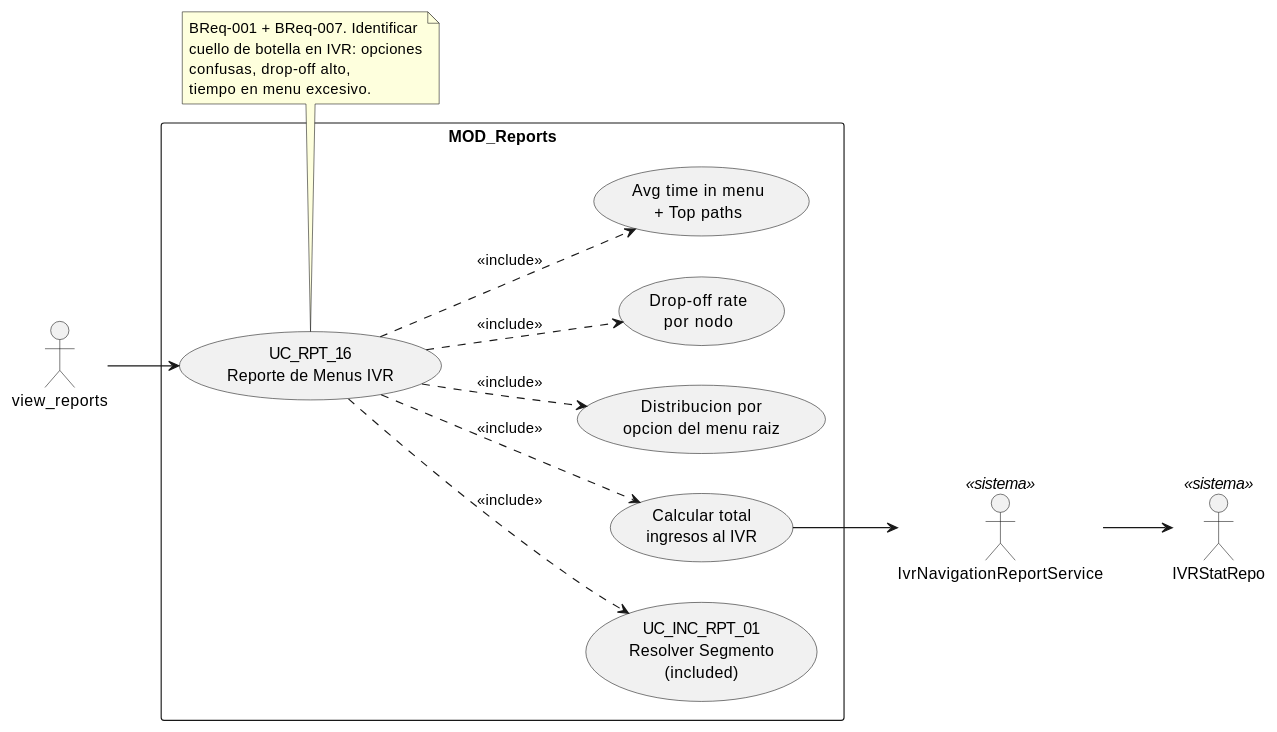
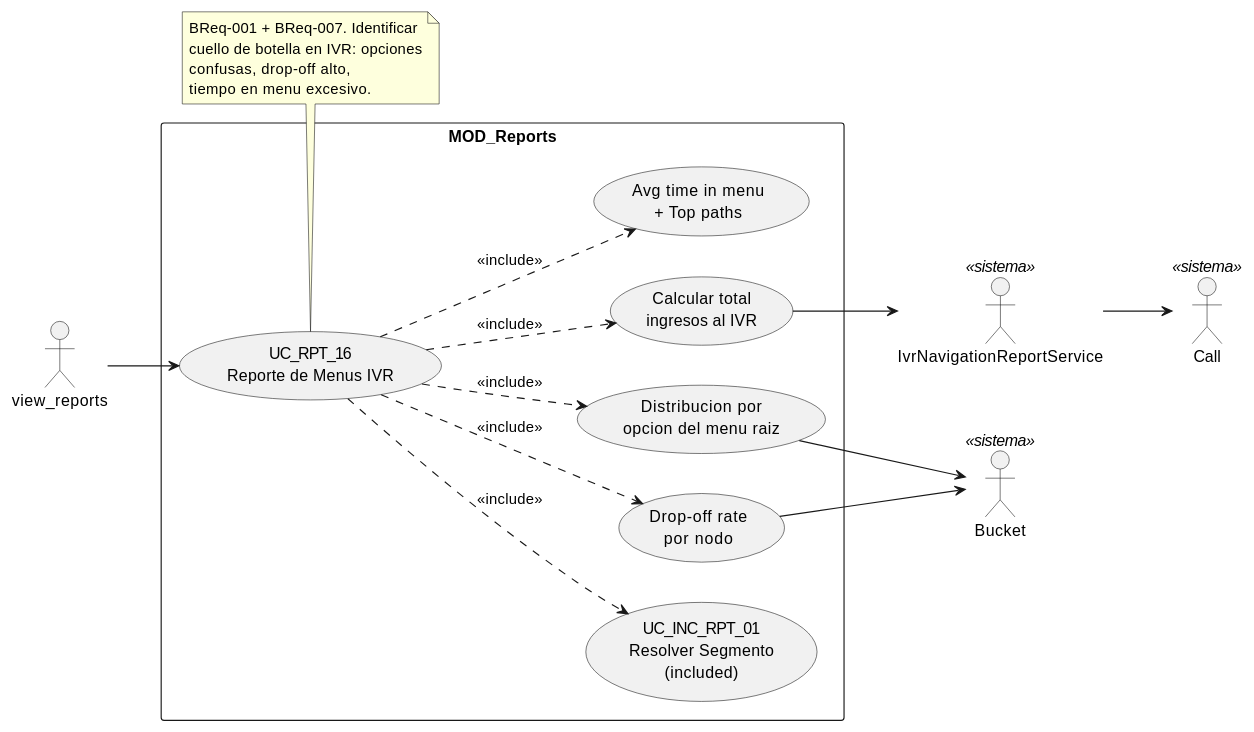
Before and after one commit to jcg-admin/IACT-docs: the diagram in source/requisitos/casos-uso/reports/uc-rpt-16/diagramas-uml/diagrama-de-caso-de-uso.rst, drawn with PlantUML. The commit also changed other lines of this file and 52 other files, not shown here.

```diff
--- a/source/requisitos/casos-uso/reports/uc-rpt-16/diagramas-uml/diagrama-de-caso-de-uso.rst
+++ b/source/requisitos/casos-uso/reports/uc-rpt-16/diagramas-uml/diagrama-de-caso-de-uso.rst
@@ -4,38 +4,41 @@
 .. uml::
  :caption: UC_RPT_16 — actores y casos asociados
 
  @startuml
 
  left to right direction
 
  actor "view_reports" as INVOKER
  actor "IvrNavigationReportService" as SVC <<sistema>>
- actor "IVRStatRepo" as REPO <<sistema>>
+ actor "Bucket" as BK <<sistema>>
+ actor "Call" as CALL <<sistema>>
 
  rectangle "MOD_Reports" {
    usecase "UC_RPT_16\nReporte de Menus IVR" as UC_RPT_16
    usecase "UC_INC_RPT_01\nResolver Segmento\n(included)" as UC_INC_RPT_01
    usecase "Calcular total\ningresos al IVR" as METRIC_VOL
    usecase "Distribucion por\nopcion del menu raiz" as METRIC_DIST
    usecase "Drop-off rate\npor nodo" as METRIC_DROP
    usecase "Avg time in menu\n+ Top paths" as METRIC_PATH
  }
 
  INVOKER --> UC_RPT_16
  UC_RPT_16 ..> UC_INC_RPT_01 : <<include>>
  UC_RPT_16 ..> METRIC_VOL : <<include>>
  UC_RPT_16 ..> METRIC_DIST : <<include>>
  UC_RPT_16 ..> METRIC_DROP : <<include>>
  UC_RPT_16 ..> METRIC_PATH : <<include>>
 
  METRIC_VOL --> SVC
- SVC --> REPO
+ METRIC_DIST --> BK
+ METRIC_DROP --> BK
+ SVC --> CALL
 
  note bottom of UC_RPT_16
    BReq-001 + BReq-007. Identificar
    cuello de botella en IVR: opciones
    confusas, drop-off alto,
    tiempo en menu excesivo.
  end note
 
  @enduml
```
